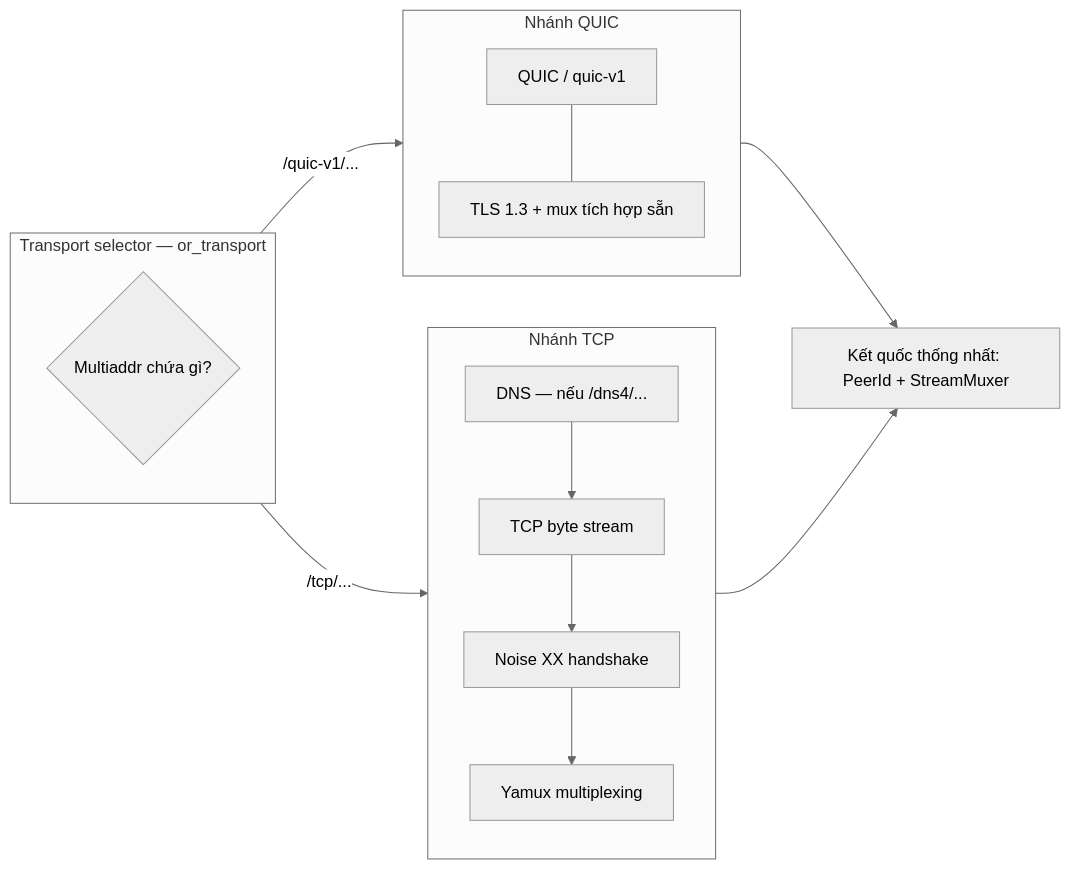
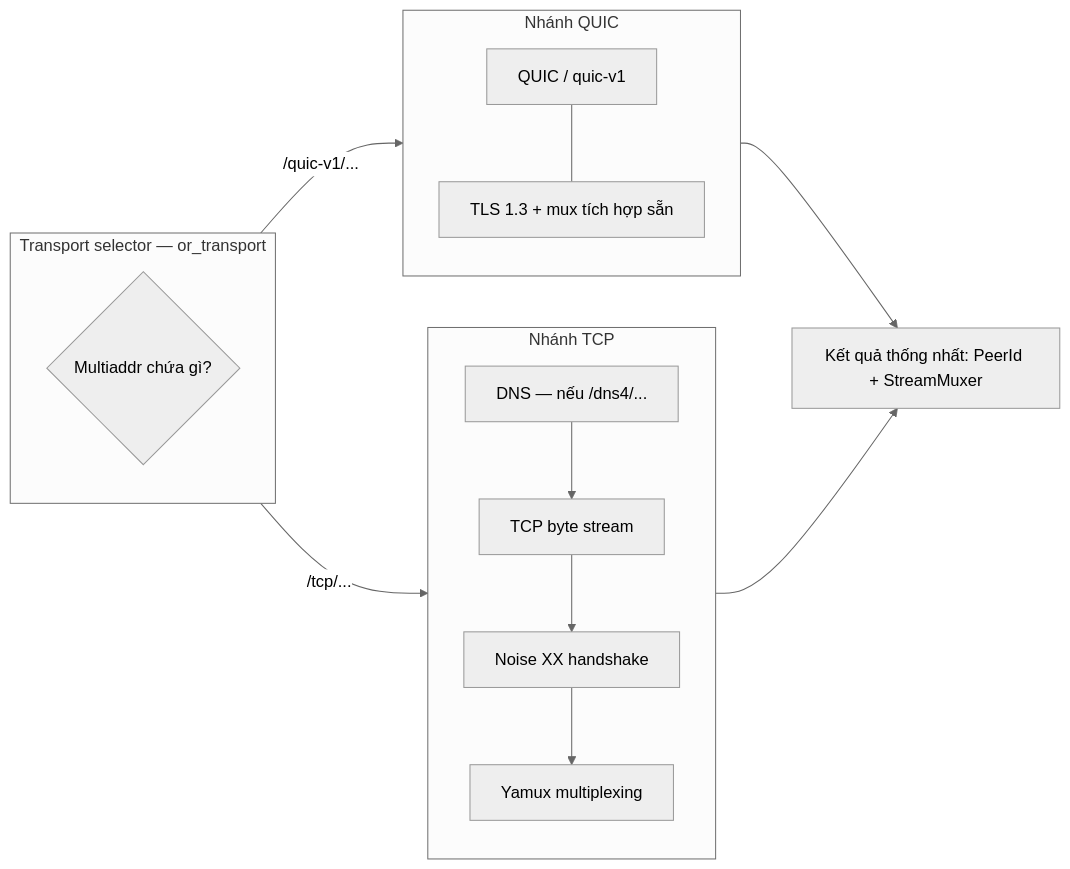
The third of 18 diagrams in docs/architecture/network-gossip.md (scriptkid23/lua-dag-consensus), drawn with Mermaid (neutral theme) before and after one commit. The commit also changed other lines of this file and 1 other file, not shown here.

````diff
--- a/docs/architecture/network-gossip.md
+++ b/docs/architecture/network-gossip.md
@@ -199,28 +203,28 @@
 ```mermaid
 flowchart LR
     subgraph selector [Transport selector — or_transport]
         direction TB
         OR{Multiaddr chứa gì?}
     end
 
     subgraph branch_tcp [Nhánh TCP]
         direction TB
         D1[DNS — nếu /dns4/...]
         T1[TCP byte stream]
         N1[Noise XX handshake]
         Y1[Yamux multiplexing]
         D1 --> T1 --> N1 --> Y1
     end
 
     subgraph branch_quic [Nhánh QUIC]
         direction TB
         Q1[QUIC / quic-v1]
         Q1note["TLS 1.3 + mux tích hợp sẵn"]
         Q1 --- Q1note
     end
 
     OR -->|"/tcp/..."| branch_tcp
     OR -->|"/quic-v1/..."| branch_quic
-    Y1 --> OUT["Kết quốc thống nhất: PeerId + StreamMuxer"]
+    Y1 --> OUT["Kết quả thống nhất: PeerId + StreamMuxer"]
     Q1 --> OUT
 ```
````
